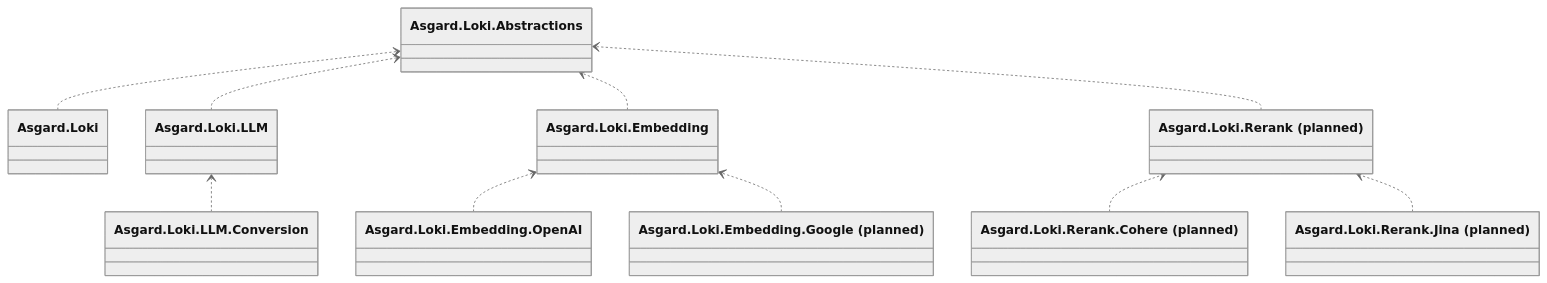
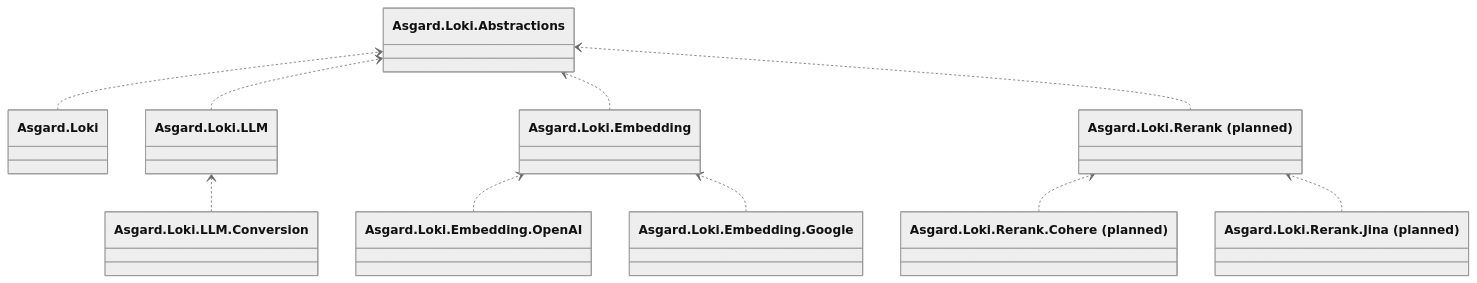
One commit to BenLampson/Asgard.Loki changed the diagram in docs/model-call-roadmap.md. Above: the diagram before and after it, drawn with Mermaid (neutral theme). The commit also changed other lines of this file and 27 other files, not shown here.

Commit message:
feat(embedding): add native Google single and batch operations

````diff
--- a/docs/model-call-roadmap.md
+++ b/docs/model-call-roadmap.md
@@ -152,23 +153,23 @@
 ```mermaid
 classDiagram
 direction BT
 class Abstractions["Asgard.Loki.Abstractions"]
 class Client["Asgard.Loki"]
 class LLM["Asgard.Loki.LLM"]
 class Conversion["Asgard.Loki.LLM.Conversion"]
 class Embedding["Asgard.Loki.Embedding"]
 class Rerank["Asgard.Loki.Rerank (planned)"]
 class EmbeddingOpenAI["Asgard.Loki.Embedding.OpenAI"]
-class EmbeddingGoogle["Asgard.Loki.Embedding.Google (planned)"]
+class EmbeddingGoogle["Asgard.Loki.Embedding.Google"]
 class RerankCohere["Asgard.Loki.Rerank.Cohere (planned)"]
 class RerankJina["Asgard.Loki.Rerank.Jina (planned)"]
 Client ..> Abstractions
 LLM ..> Abstractions
 Conversion ..> LLM
 Embedding ..> Abstractions
 Rerank ..> Abstractions
 EmbeddingOpenAI ..> Embedding
 EmbeddingGoogle ..> Embedding
 RerankCohere ..> Rerank
 RerankJina ..> Rerank
 ```
````
